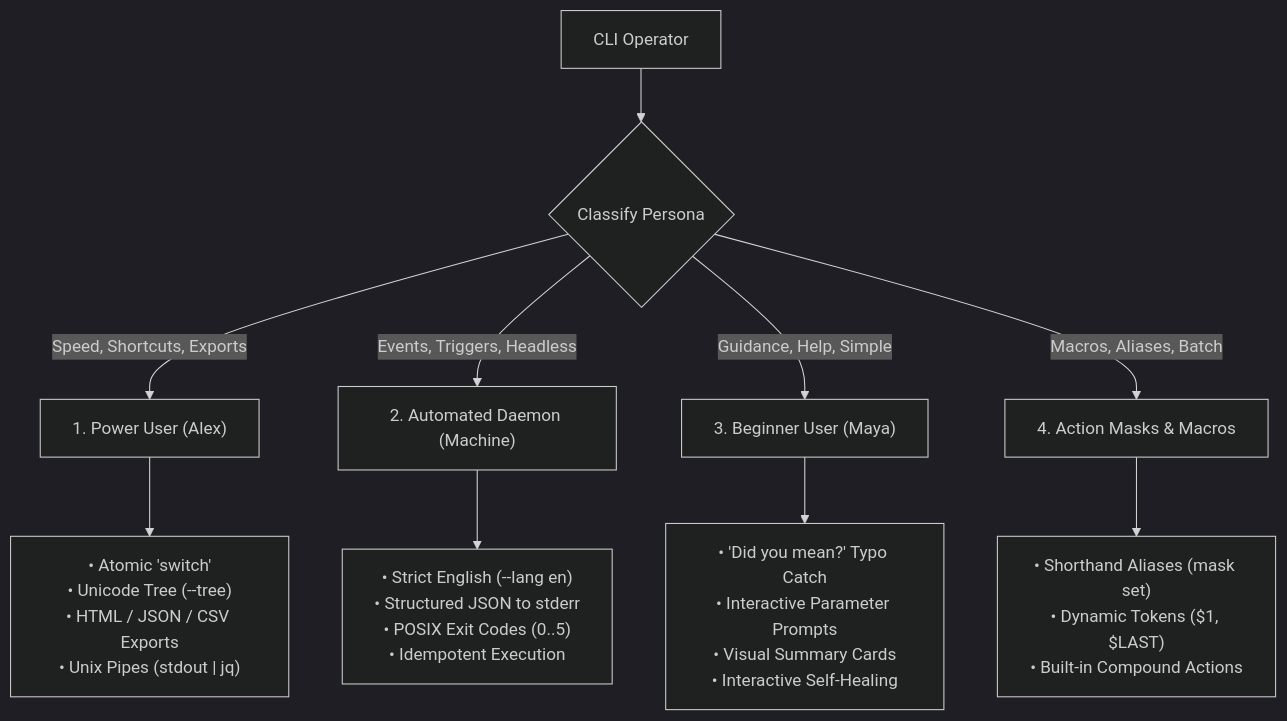
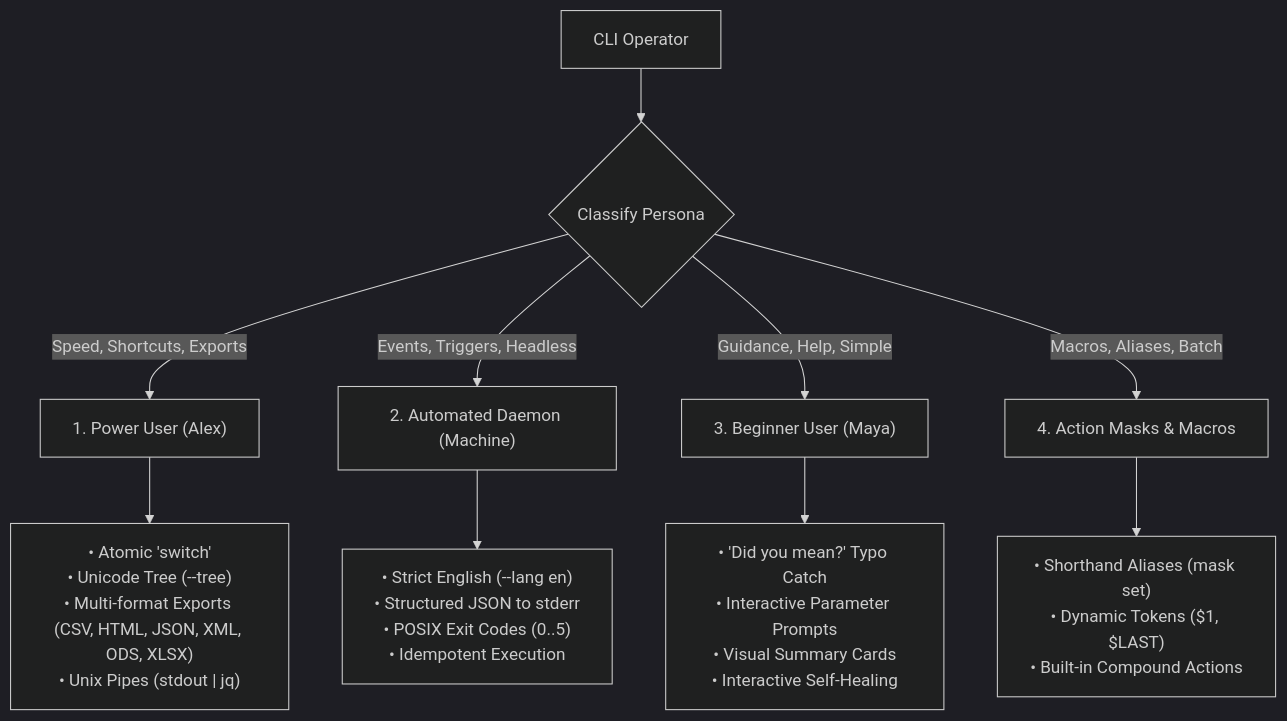
Before and after one commit to beoArcha/TimeLog: the diagram in docs/manifesto/CLI.md, drawn with Mermaid (dark theme). The commit also changed other lines of this file, not shown here.

Commit message:
docs(cli): update report export documentation for xml, ods, and xlsx support (EXP-009)

````diff
--- a/docs/manifesto/CLI.md
+++ b/docs/manifesto/CLI.md
@@ -80,14 +80,14 @@
 ```mermaid
 graph TD
     User["CLI Operator"] --> Identify{"Classify Persona"}
     
     Identify -->|Speed, Shortcuts, Exports| Alex["1. Power User (Alex)"]
     Identify -->|Events, Triggers, Headless| Daemon["2. Automated Daemon (Machine)"]
     Identify -->|Guidance, Help, Simple| Maya["3. Beginner User (Maya)"]
     Identify -->|Macros, Aliases, Batch| Masks["4. Action Masks & Macros"]
 
-    Alex --> AlexActions["• Atomic 'switch'<br>• Unicode Tree (--tree)<br>• HTML / JSON / CSV Exports<br>• Unix Pipes (stdout | jq)"]
+    Alex --> AlexActions["• Atomic 'switch'<br>• Unicode Tree (--tree)<br>• Multi-format Exports (CSV, HTML, JSON, XML, ODS, XLSX)<br>• Unix Pipes (stdout | jq)"]
     Daemon --> DaemonActions["• Strict English (--lang en)<br>• Structured JSON to stderr<br>• POSIX Exit Codes (0..5)<br>• Idempotent Execution"]
     Maya --> MayaActions["• 'Did you mean?' Typo Catch<br>• Interactive Parameter Prompts<br>• Visual Summary Cards<br>• Interactive Self-Healing"]
     Masks --> MaskActions["• Shorthand Aliases (mask set)<br>• Dynamic Tokens ($1, $LAST)<br>• Built-in Compound Actions"]
 ```
````
